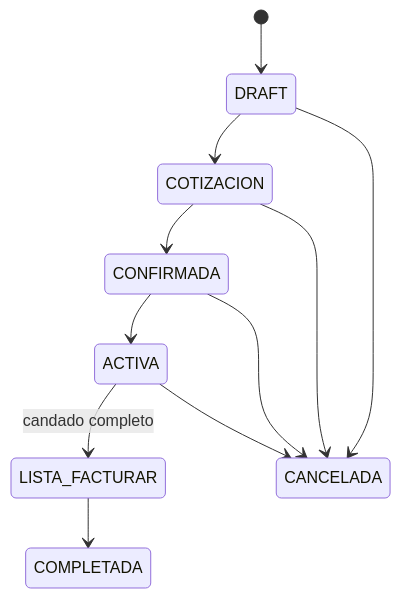
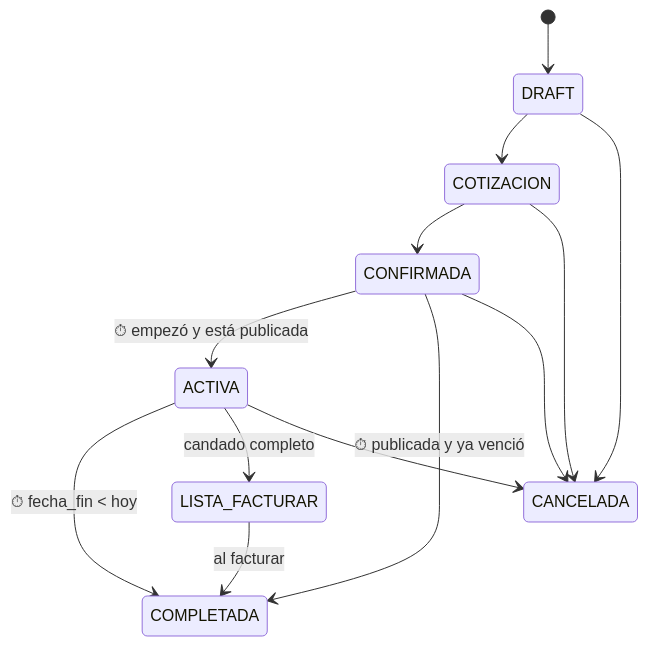
Before and after one commit to emiliano-cyber/spaces_dooh_new: the second of 2 diagrams in vault/05-Flujos/flujo-propuesta-a-campana.md, drawn with Mermaid. The commit also changed other lines of this file and 7 other files, not shown here.

````diff
--- a/vault/05-Flujos/flujo-propuesta-a-campana.md
+++ b/vault/05-Flujos/flujo-propuesta-a-campana.md
@@ -72,13 +72,15 @@
 ```mermaid
 stateDiagram-v2
     [*] --> DRAFT
     DRAFT --> COTIZACION
     COTIZACION --> CONFIRMADA
-    CONFIRMADA --> ACTIVA
+    CONFIRMADA --> ACTIVA: ⏱ empezó y está publicada
+    CONFIRMADA --> COMPLETADA: ⏱ publicada y ya venció
+    ACTIVA --> COMPLETADA: ⏱ fecha_fin < hoy
     ACTIVA --> LISTA_FACTURAR: candado completo
-    LISTA_FACTURAR --> COMPLETADA
+    LISTA_FACTURAR --> COMPLETADA: al facturar
     DRAFT --> CANCELADA
     COTIZACION --> CANCELADA
     CONFIRMADA --> CANCELADA
     ACTIVA --> CANCELADA
 ```
````
